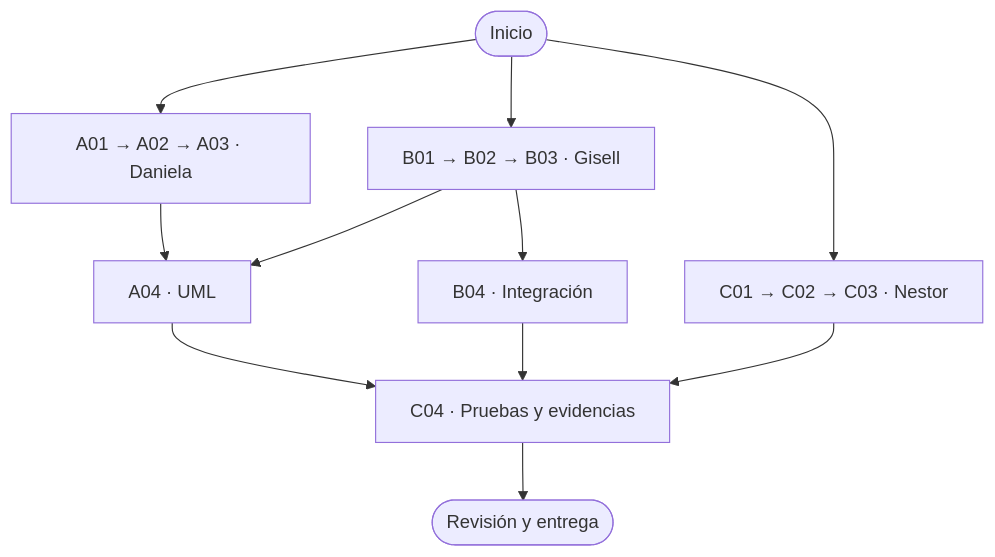
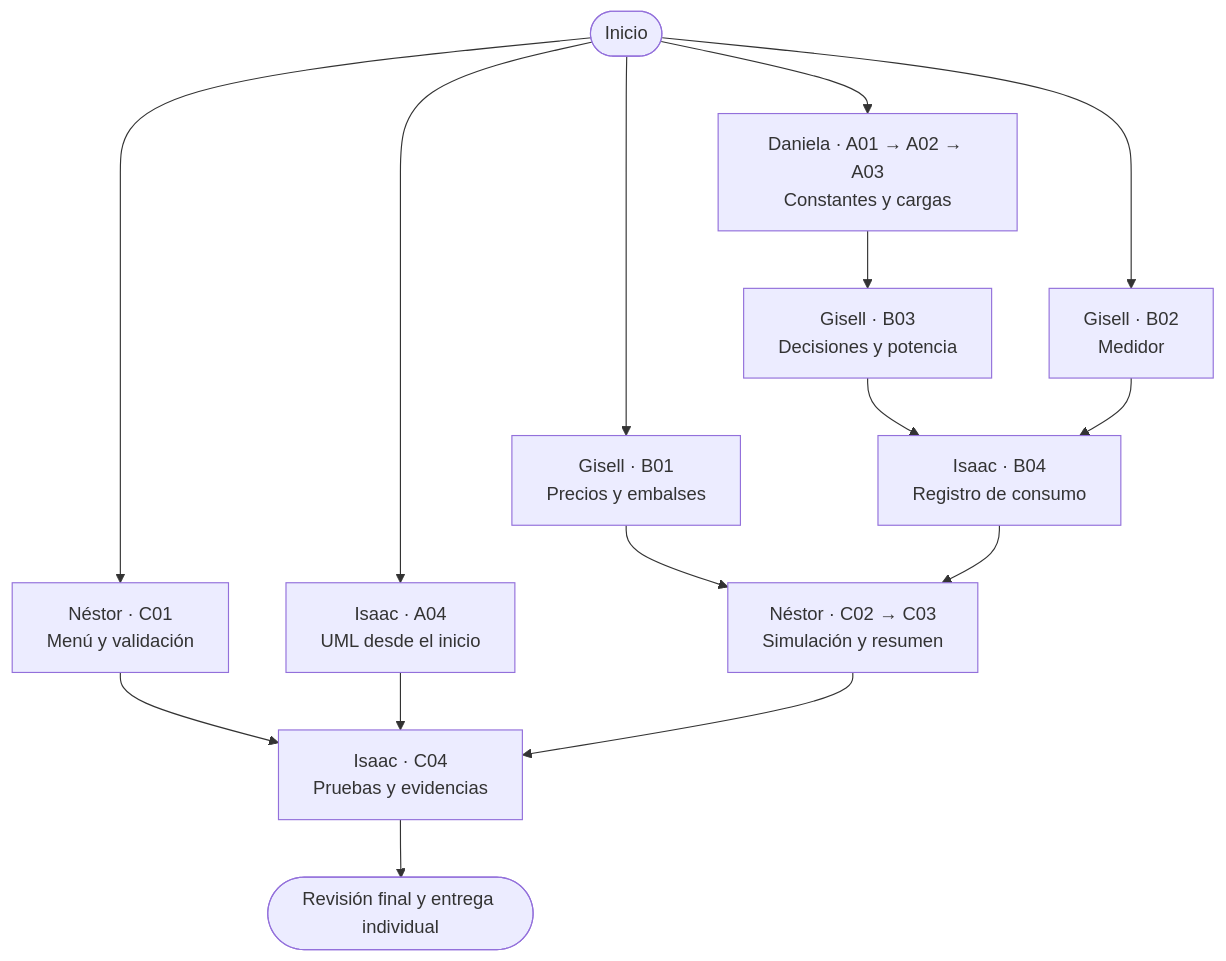
One commit to isaactorrenegra-coder/wattcontrol-panaderia-equipo4 changed the diagram in README.md. Above: the diagram before and after it, drawn with Mermaid. The commit also changed other lines of this file and 24 other files, not shown here.

````diff
--- a/README.md
+++ b/README.md
@@ -18,14 +18,17 @@
 ```mermaid
 flowchart TD
-    INICIO([Inicio])
-    INICIO --> A[A01 → A02 → A03 · Daniela]
-    INICIO --> B[B01 → B02 → B03 · Gisell]
-    INICIO --> C[C01 → C02 → C03 · Nestor]
-    A --> D[A04 · UML]
-    B --> D
-    B --> E[B04 · Integración]
-    D --> F[C04 · Pruebas y evidencias]
-    E --> F
-    C --> F
-    F --> G([Revisión y entrega])
+    Inicio([Inicio]) --> A["Daniela · A01 → A02 → A03<br/>Constantes y cargas"]
+    Inicio --> B1["Gisell · B01<br/>Precios y embalses"]
+    Inicio --> B2["Gisell · B02<br/>Medidor"]
+    Inicio --> C1["Néstor · C01<br/>Menú y validación"]
+    Inicio --> A4["Isaac · A04<br/>UML desde el inicio"]
+    A --> B3["Gisell · B03<br/>Decisiones y potencia"]
+    B3 --> B4["Isaac · B04<br/>Registro de consumo"]
+    B2 --> B4
+    B1 --> C23["Néstor · C02 → C03<br/>Simulación y resumen"]
+    B4 --> C23
+    C1 --> C4["Isaac · C04<br/>Pruebas y evidencias"]
+    A4 --> C4
+    C23 --> C4
+    C4 --> Fin([Revisión final y entrega individual])
 ```
````
